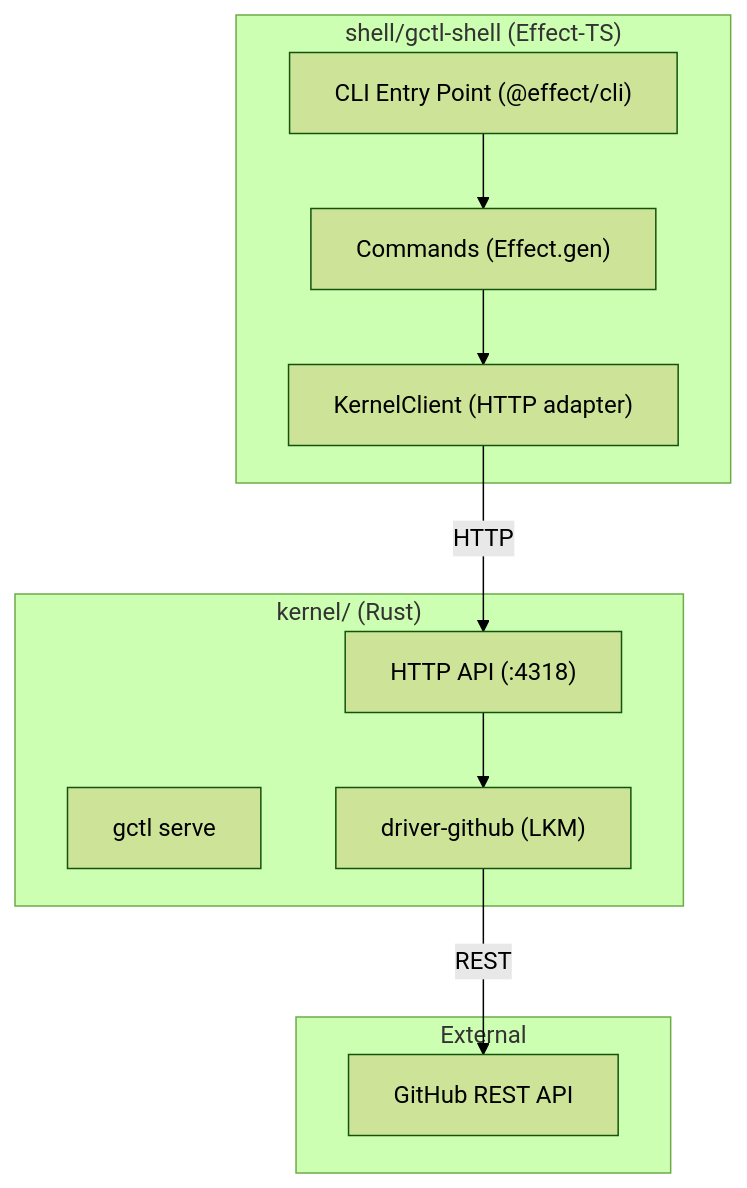
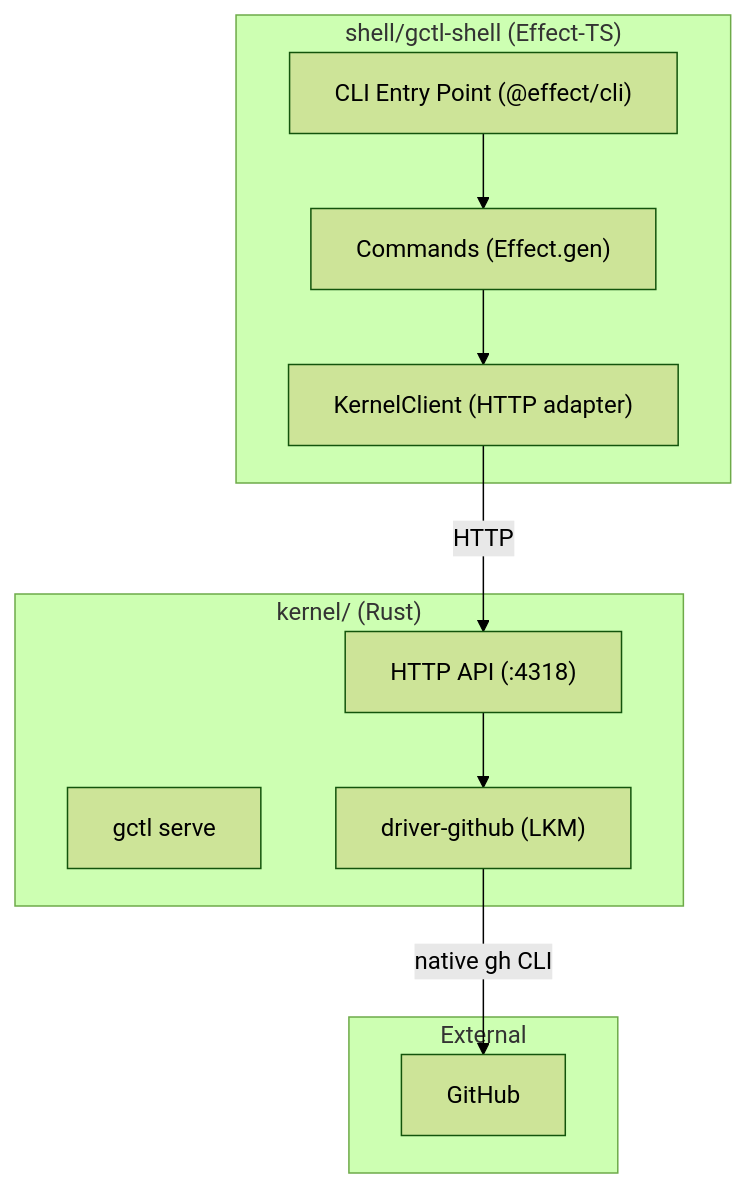
The first of 2 diagrams in specs/implementation/shell/components.md (OpenHackersClub/gctrl), drawn with Mermaid (forest theme) before and after one commit. The commit also changed other lines of this file and 2 other files, not shown here.

Commit message:
docs: driver-github delegates to native gh CLI with kernel caching + OTel
Drivers prefer native CLIs (e.g., gh for GitHub) over reimplementing
REST API clients. The kernel wraps driver calls with:
- TTL-based response caching (invalidated on writes)
- OTel span instrumentation (latency, status, cache hit/miss)
- Error mapping to kernel error types

The shell never invokes gh or external CLIs directly — that is the
kernel driver's responsibility, wrapped with cross-cutting concerns.

````diff
--- a/specs/implementation/shell/components.md
+++ b/specs/implementation/shell/components.md
@@ -15,24 +15,24 @@
 ```mermaid
 graph TD
     subgraph Shell["shell/gctl-shell (Effect-TS)"]
         CLI["CLI Entry Point (@effect/cli)"]
         Commands["Commands (Effect.gen)"]
         KClient["KernelClient (HTTP adapter)"]
     end
 
     subgraph Kernel["kernel/ (Rust)"]
         API["HTTP API (:4318)"]
         Daemon["gctl serve"]
         DrvGH["driver-github (LKM)"]
     end
 
     subgraph External["External"]
-        GitHub["GitHub REST API"]
+        GitHub["GitHub"]
     end
 
     CLI --> Commands
     Commands --> KClient
     KClient -->|"HTTP"| API
-    DrvGH -->|"REST"| GitHub
+    DrvGH -->|"native gh CLI"| GitHub
     API --> DrvGH
 ```
````
